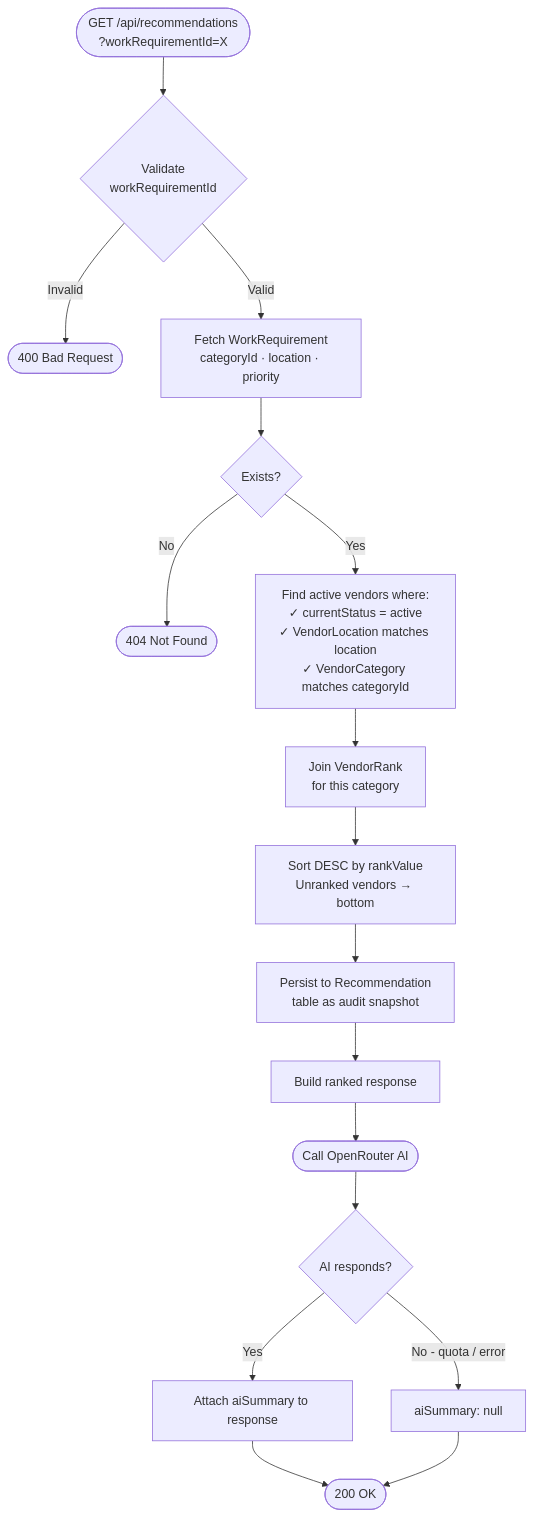
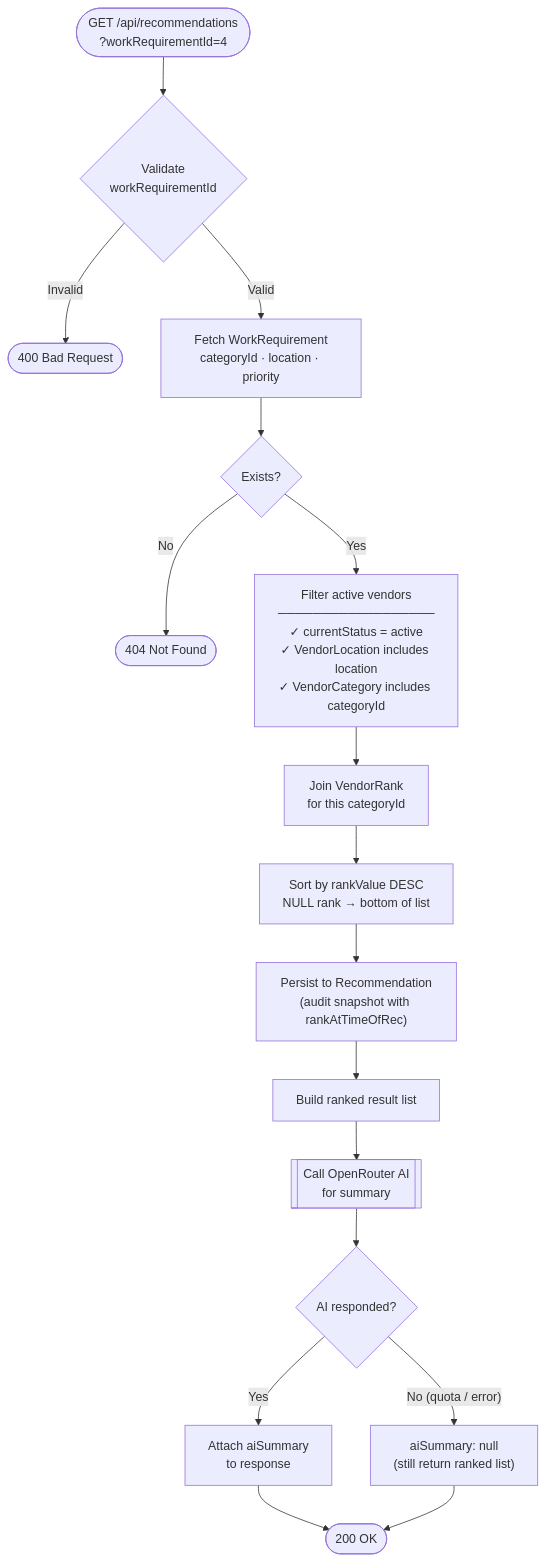
Before and after one commit to mrsingh-rishi/recommendation-system: the seventh of 8 diagrams in README.md, drawn with Mermaid. The commit also changed other lines of this file, not shown here.

Commit message:
docs: restructure README for improved clarity and organization, update project architecture and API design sections

````diff
--- a/README.md
+++ b/README.md
@@ -271,24 +356,21 @@
 ```mermaid
 flowchart TD
-    A([GET /api/recommendations\n?workRequirementId=X]) --> B{Validate\nworkRequirementId}
+    A([GET /api/recommendations\n?workRequirementId=4]) --> B{Validate\nworkRequirementId}
     B -- Invalid --> C([400 Bad Request])
     B -- Valid --> D[Fetch WorkRequirement\ncategoryId · location · priority]
     D --> E{Exists?}
     E -- No --> F([404 Not Found])
     E -- Yes --> G
 
-    G["Find active vendors where:\n✓ currentStatus = active\n✓ VendorLocation matches location\n✓ VendorCategory matches categoryId"]
+    G["Filter active vendors\n──────────────────\n✓ currentStatus = active\n✓ VendorLocation includes location\n✓ VendorCategory includes categoryId"]
 
-    G --> H[Join VendorRank\nfor this category]
-    H --> I["Sort DESC by rankValue\nUnranked vendors → bottom"]
-    I --> J[Persist to Recommendation\ntable as audit snapshot]
-    J --> K[Build ranked response]
-    K --> L([Call OpenRouter AI])
-
-    L --> M{AI responds?}
-    M -- Yes --> N[Attach aiSummary to response]
-    M -- "No - quota / error" --> O[aiSummary: null]
-
-    N --> P([200 OK])
-    O --> P
+    G --> H["Join VendorRank\nfor this categoryId"]
+    H --> I["Sort by rankValue DESC\nNULL rank → bottom of list"]
+    I --> J["Persist to Recommendation\n(audit snapshot with rankAtTimeOfRec)"]
+    J --> K[Build ranked result list]
+    K --> L[[Call OpenRouter AI\nfor summary]]
+    L --> M{AI responded?}
+    M -- Yes --> N["Attach aiSummary\nto response"]
+    M -- "No (quota / error)" --> O["aiSummary: null\n(still return ranked list)"]
+    N & O --> P([200 OK])
 ```
````
